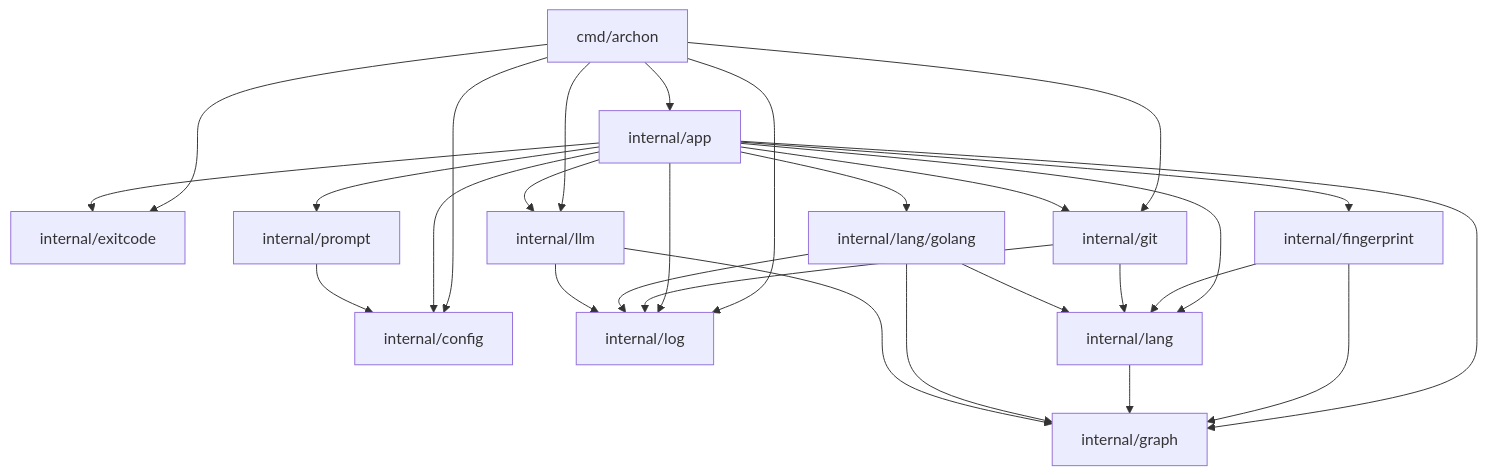
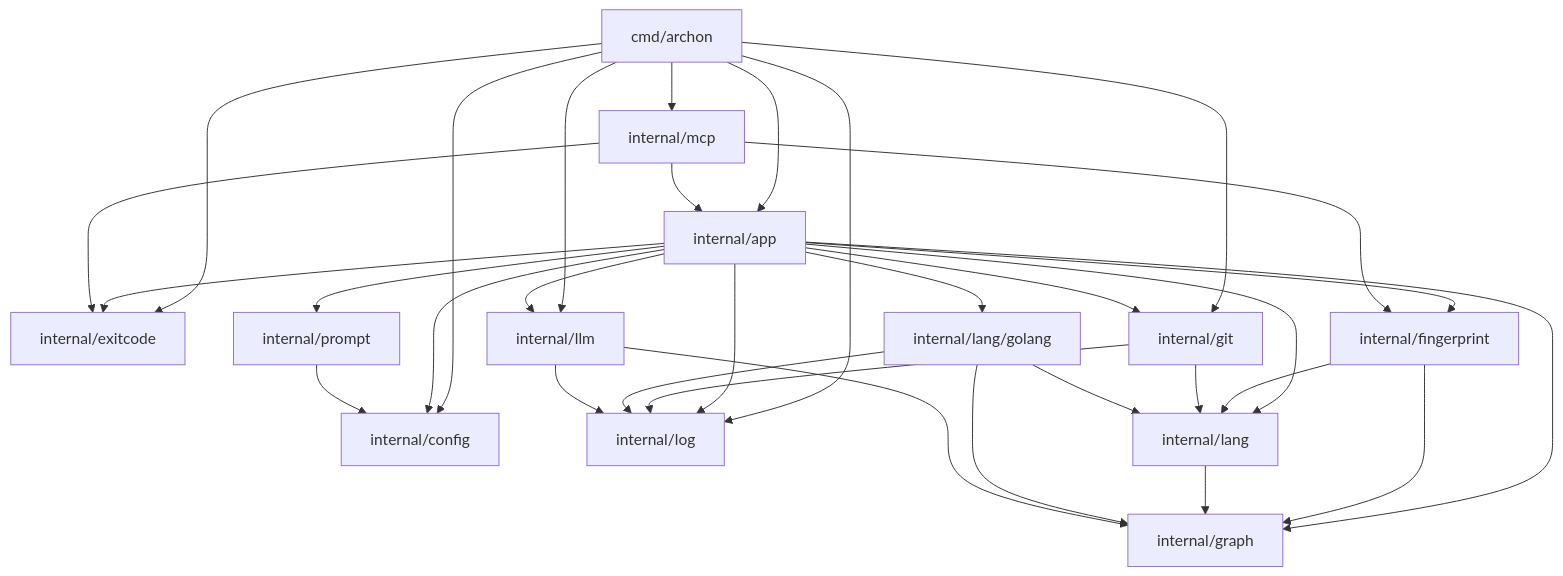
One commit to j75689/archon changed the diagram in docs/WORKFLOW.md. Above: the diagram before and after it, drawn with Mermaid. The commit also changed other lines of this file and 3 other files, not shown here.

First line of the commit message:
docs: update documentation and architecture overview

````diff
--- a/docs/WORKFLOW.md
+++ b/docs/WORKFLOW.md
@@ -7,36 +7,37 @@
 ```mermaid
 graph TD
     cmd_archon[cmd/archon] --> internal_app[internal/app]
     cmd_archon --> internal_config[internal/config]
     cmd_archon --> internal_exitcode[internal/exitcode]
     cmd_archon --> internal_git[internal/git]
     cmd_archon --> internal_llm[internal/llm]
     cmd_archon --> internal_log[internal/log]
-
+    cmd_archon --> internal_mcp[internal/mcp]
+    
     internal_app --> internal_config
     internal_app --> internal_exitcode
     internal_app --> internal_fingerprint[internal/fingerprint]
     internal_app --> internal_git
     internal_app --> internal_graph[internal/graph]
     internal_app --> internal_lang[internal/lang]
     internal_app --> internal_lang_golang[internal/lang/golang]
     internal_app --> internal_llm
     internal_app --> internal_log
     internal_app --> internal_prompt[internal/prompt]
-
+    
+    internal_mcp --> internal_app
+    internal_mcp --> internal_exitcode
+    internal_mcp --> internal_fingerprint
+    
     internal_fingerprint --> internal_graph
     internal_fingerprint --> internal_lang
-
     internal_git --> internal_lang
     internal_git --> internal_log
-
     internal_lang --> internal_graph
     internal_lang_golang --> internal_graph
     internal_lang_golang --> internal_lang
     internal_lang_golang --> internal_log
-
     internal_llm --> internal_graph
     internal_llm --> internal_log
-
     internal_prompt --> internal_config
 ```
````
